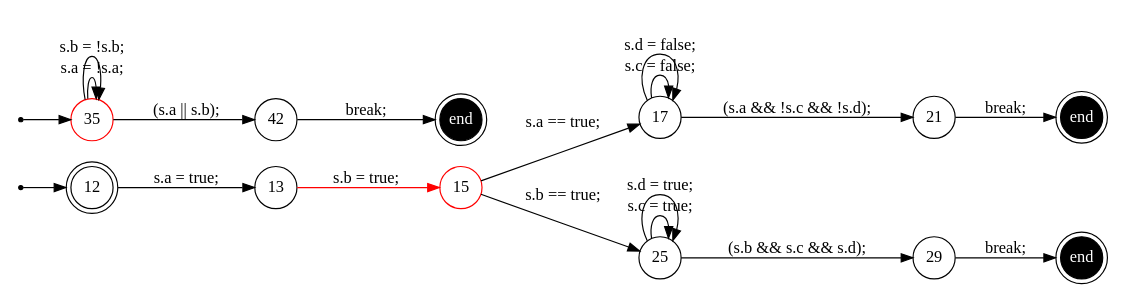
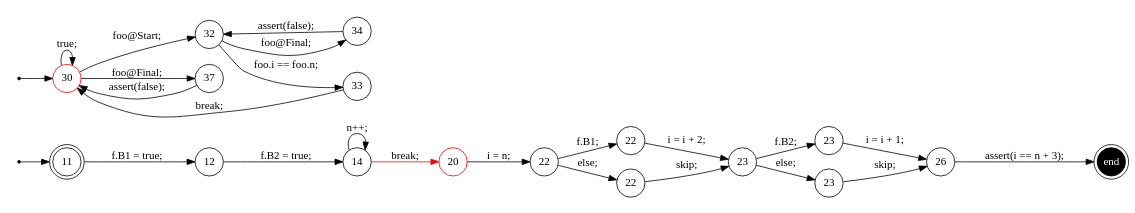
The diagram in trace/5.dot (samilazregsuidi/Daedalux), drawn with Graphviz before and after one commit. The commit also changed 63 other files, not shown here.

```diff
--- a/trace/5.dot
+++ b/trace/5.dot
@@ -1,37 +1,48 @@
 digraph finite_state_machine {
 	rankdir=LR
 	size="8,5"
-	94437505318000 [label = 12, shape = doublecircle, fixedsize = true]; 
-	s94437505318000 [shape = point];
-	94437505313568 [label = 35, shape = doublecircle, color = red, fixedsize = true]; 
-	s94437505313568 [shape = point];
-	e94437505311632 [shape = doublecircle, fixedsize = true, style = filled, fillcolor = black, fontcolor = white,  label = end];
-	e94437505313776 [shape = doublecircle, fixedsize = true, style = filled, fillcolor = black, fontcolor = white,  label = end];
-	e94437505315632 [shape = doublecircle, fixedsize = true, style = filled, fillcolor = black, fontcolor = white,  label = end];
-	 94437505318080 [label = 13, shape = circle, fixedsize = true ];
-	 94437505309632 [label = 15, shape = circle, color = red, fixedsize = true ];
-	 94437505310224 [label = 17, shape = circle, fixedsize = true ];
-	 94437505311632 [label = 21, shape = circle, fixedsize = true ];
-	 94437505312144 [label = 25, shape = circle, fixedsize = true ];
-	 94437505313776 [label = 29, shape = circle, fixedsize = true ];
-	 94437505313568 [label = 35, shape = circle, color = red, fixedsize = true ];
-	 94437505315632 [label = 42, shape = circle, fixedsize = true ];
-	s94437505318000 -> 94437505318000;
-	s94437505313568 -> 94437505313568;
-	94437505318000 -> 94437505318080 [ label = "s.a = true; "];
-	94437505318080 -> 94437505309632 [color = red, label = "s.b = true; "];
-	94437505309632 -> 94437505310224 [ label = "s.a == true; "];
-	94437505310224 -> 94437505310224 [ label = "s.c = false; "];
-	94437505310224 -> 94437505310224 [ label = "s.d = false; "];
-	94437505310224 -> 94437505311632 [ label = "(s.a && !s.c && !s.d); "];
-	94437505311632 -> e94437505311632 [ label = "break; "];
-	94437505309632 -> 94437505312144 [ label = "s.b == true; "];
-	94437505312144 -> 94437505312144 [ label = "s.c = true; "];
-	94437505312144 -> 94437505312144 [ label = "s.d = true; "];
-	94437505312144 -> 94437505313776 [ label = "(s.b && s.c && s.d); "];
-	94437505313776 -> e94437505313776 [ label = "break; "];
-	94437505313568 -> 94437505313568 [ label = "s.a = !s.a; "];
-	94437505313568 -> 94437505313568 [ label = "s.b = !s.b; "];
-	94437505313568 -> 94437505315632 [ label = "(s.a || s.b); "];
-	94437505315632 -> e94437505315632 [ label = "break; "];
+	93824993311008 [label = 11, shape = doublecircle, fixedsize = true]; 
+	s93824993311008 [shape = point];
+	93824993307216 [label = 30, shape = doublecircle, color = red, fixedsize = true]; 
+	s93824993307216 [shape = point];
+	e93824993306544 [shape = doublecircle, fixedsize = true, style = filled, fillcolor = black, fontcolor = white,  label = end];
+	 93824993312480 [label = 12, shape = circle, fixedsize = true ];
+	 93824993302560 [label = 14, shape = circle, fixedsize = true ];
+	 93824993303360 [label = 20, shape = circle, color = red, fixedsize = true ];
+	 93824993303680 [label = 22, shape = circle, fixedsize = true ];
+	 93824993304480 [label = 22, shape = circle, fixedsize = true ];
+	 93824993305200 [label = 22, shape = circle, fixedsize = true ];
+	 93824993304992 [label = 23, shape = circle, fixedsize = true ];
+	 93824993306032 [label = 23, shape = circle, fixedsize = true ];
+	 93824993306752 [label = 23, shape = circle, fixedsize = true ];
+	 93824993306544 [label = 26, shape = circle, fixedsize = true ];
+	 93824993307216 [label = 30, shape = circle, color = red, fixedsize = true ];
+	 93824993307984 [label = 32, shape = circle, fixedsize = true ];
+	 93824993308816 [label = 33, shape = circle, fixedsize = true ];
+	 93824993309536 [label = 34, shape = circle, fixedsize = true ];
+	 93824993310048 [label = 37, shape = circle, fixedsize = true ];
+	s93824993311008 -> 93824993311008;
+	s93824993307216 -> 93824993307216;
+	93824993311008 -> 93824993312480 [ label = "f.B1 = true; "];
+	93824993312480 -> 93824993302560 [ label = "f.B2 = true; "];
+	93824993302560 -> 93824993303360 [color = red, label = "break; "];
+	93824993302560 -> 93824993302560 [ label = "n++; "];
+	93824993303360 -> 93824993303680 [ label = "i = n; "];
+	93824993303680 -> 93824993304480 [ label = "f.B1; "];
+	93824993304480 -> 93824993304992 [ label = "i = i + 2; "];
+	93824993303680 -> 93824993305200 [ label = "else; "];
+	93824993305200 -> 93824993304992 [ label = "skip; "];
+	93824993304992 -> 93824993306032 [ label = "f.B2; "];
+	93824993306032 -> 93824993306544 [ label = "i = i + 1; "];
+	93824993304992 -> 93824993306752 [ label = "else; "];
+	93824993306752 -> 93824993306544 [ label = "skip; "];
+	93824993306544 -> e93824993306544 [ label = "assert(i == n + 3); "];
+	93824993307216 -> 93824993307984 [ label = "foo@Start; "];
+	93824993307984 -> 93824993308816 [ label = "foo.i == foo.n; "];
+	93824993308816 -> 93824993307216 [ label = "break; "];
+	93824993307984 -> 93824993309536 [ label = "foo@Final; "];
+	93824993309536 -> 93824993307984 [ label = "assert(false); "];
+	93824993307216 -> 93824993310048 [ label = "foo@Final; "];
+	93824993310048 -> 93824993307216 [ label = "assert(false); "];
+	93824993307216 -> 93824993307216 [ label = "true; "];
 }
```
